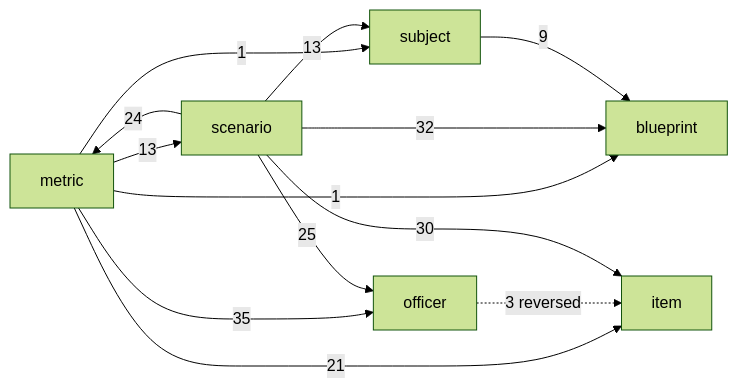
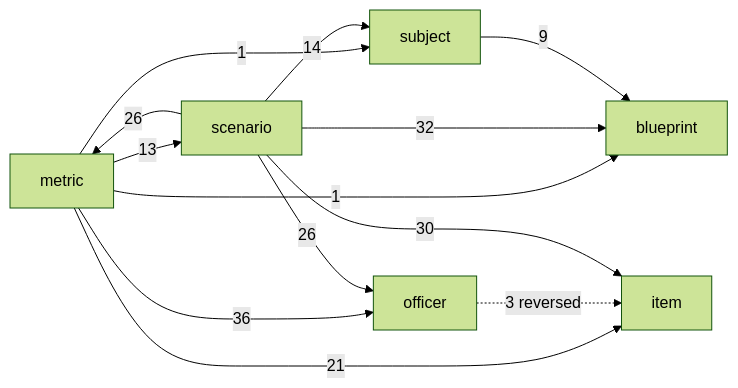
The diagram in docs/architecture.md (geraldmaron/tactically-idle), drawn with Mermaid (forest theme) before and after one commit. The commit also changed other lines of this file and 8 other files, not shown here.

First line of the commit message:
Repair the interface and architecture tests, and raise the new wiring floors

````diff
--- a/docs/architecture.md
+++ b/docs/architecture.md
@@ -39,15 +39,15 @@
 ```mermaid
 flowchart LR
   metric -->|1| blueprint
   metric -->|21| item
-  metric -->|35| officer
+  metric -->|36| officer
   metric -->|13| scenario
   metric -->|1| subject
   officer -.->|3 reversed| item
   scenario -->|32| blueprint
   scenario -->|30| item
-  scenario -->|24| metric
-  scenario -->|25| officer
-  scenario -->|13| subject
+  scenario -->|26| metric
+  scenario -->|26| officer
+  scenario -->|14| subject
   subject -->|9| blueprint
 ```
````
